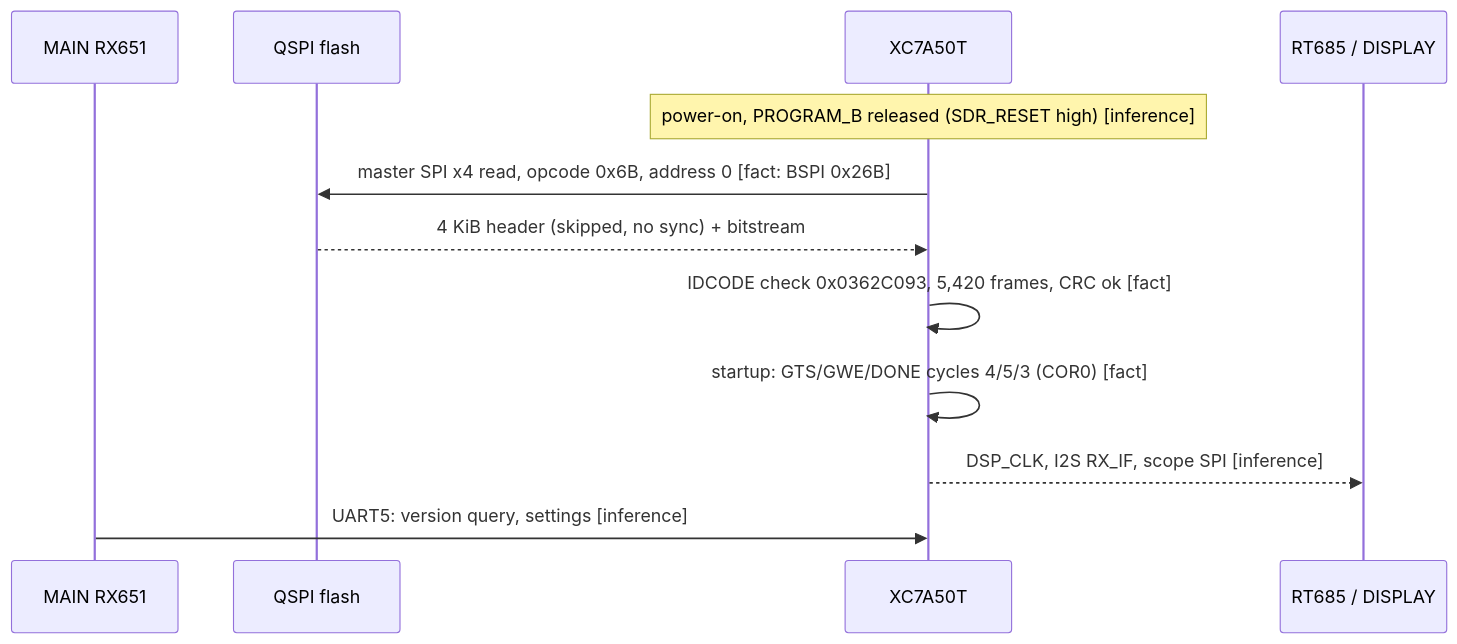
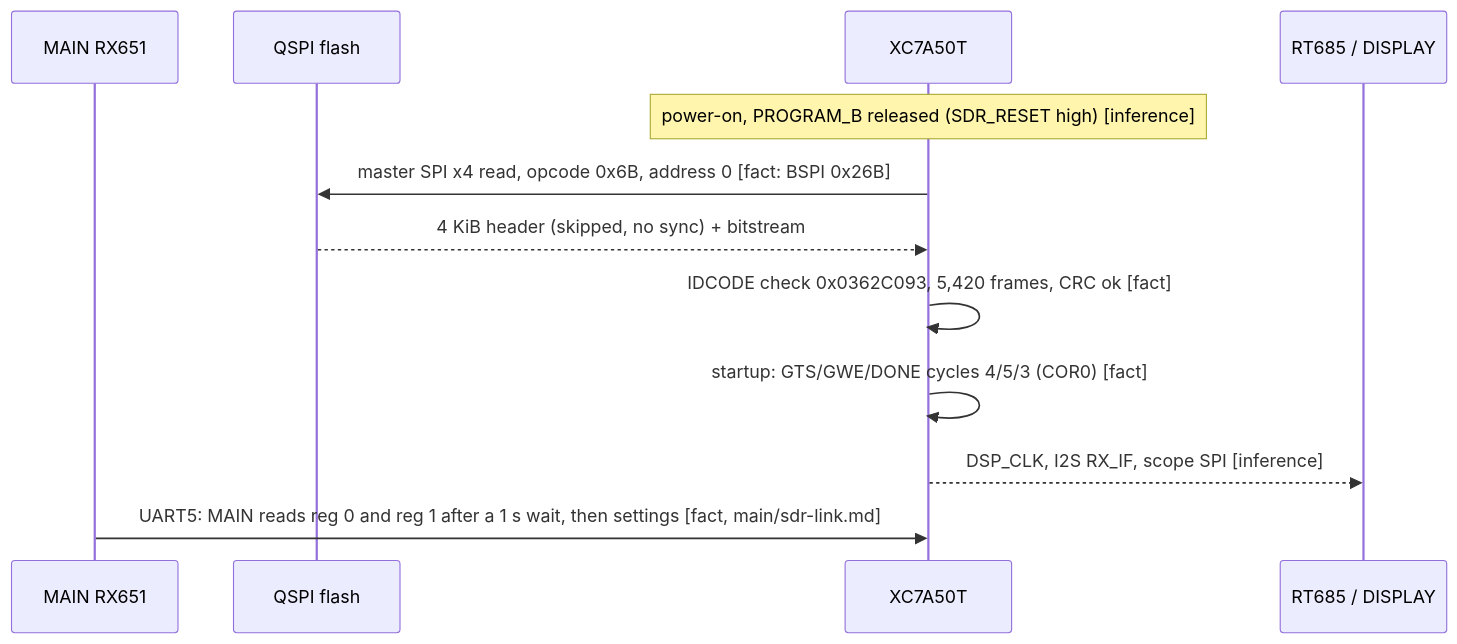
Before and after one commit to Reid-n0rc/FT-710_Firmware: the second of 2 diagrams in docs/code/sdr/README.md, drawn with Mermaid. The commit also changed other lines of this file and 6 other files, not shown here.

````diff
--- a/docs/code/sdr/README.md
+++ b/docs/code/sdr/README.md
@@ -69,14 +70,14 @@
 ```mermaid
 sequenceDiagram
   participant M as MAIN RX651
   participant Q as QSPI flash
   participant F as XC7A50T
   participant R as RT685 / DISPLAY
   Note over F: power-on, PROGRAM_B released (SDR_RESET high) [inference]
   F->>Q: master SPI x4 read, opcode 0x6B, address 0 [fact: BSPI 0x26B]
   Q-->>F: 4 KiB header (skipped, no sync) + bitstream
   F->>F: IDCODE check 0x0362C093, 5,420 frames, CRC ok [fact]
   F->>F: startup: GTS/GWE/DONE cycles 4/5/3 (COR0) [fact]
   F-->>R: DSP_CLK, I2S RX_IF, scope SPI [inference]
-  M->>F: UART5: version query, settings [inference]
+  M->>F: UART5: MAIN reads reg 0 and reg 1 after a 1 s wait, then settings [fact, main/sdr-link.md]
 ```
````
